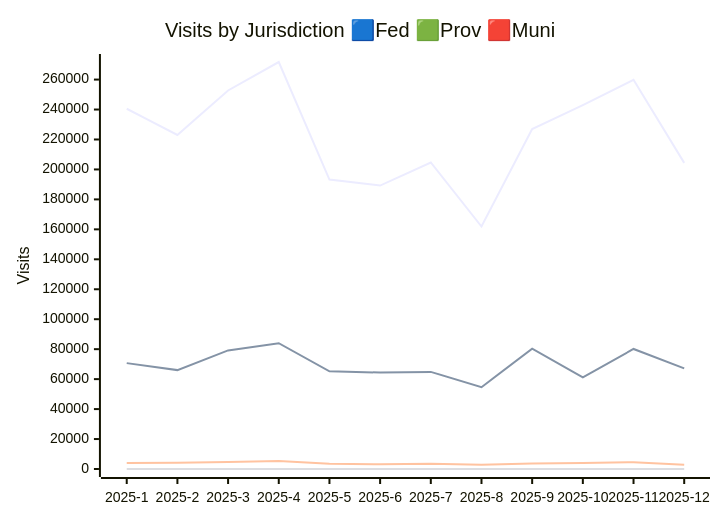
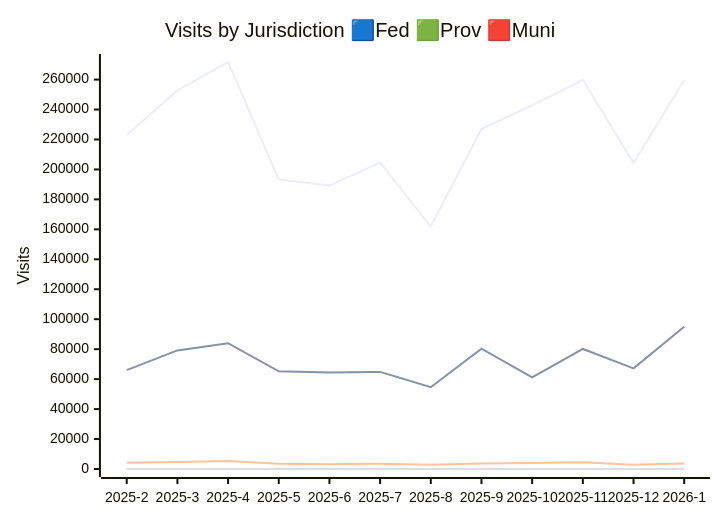
One commit to open-data/analytics-corporate-reporting changed the second of 3 diagrams in JURISDICTION_ANALYTICS_REPORT/readme.md. Above: the diagram before and after it, drawn with Mermaid. The commit also changed other lines of this file and 3 other files, not shown here.

````diff
--- a/JURISDICTION_ANALYTICS_REPORT/readme.md
+++ b/JURISDICTION_ANALYTICS_REPORT/readme.md
@@ -27,11 +27,11 @@
 ```mermaid
 
 xychart-beta
     title "Visits by Jurisdiction 🟦Fed 🟩Prov 🟥Muni"
-    x-axis [2025-1, 2025-2, 2025-3, 2025-4, 2025-5, 2025-6, 2025-7, 2025-8, 2025-9, 2025-10, 2025-11, 2025-12]
+    x-axis [2025-2, 2025-3, 2025-4, 2025-5, 2025-6, 2025-7, 2025-8, 2025-9, 2025-10, 2025-11, 2025-12, 2026-1]
     y-axis "Visits" 0 --> 271730
-    line [240518, 223018, 252733, 271720, 193243, 189223, 204650, 161883, 226912, 242988, 259877, 204391]
-    line [70689, 66026, 79169, 83976, 65258, 64394, 64819, 54620, 80378, 61161, 80146, 67191]
-    line [4046, 4091, 4626, 5347, 3428, 3214, 3563, 2869, 3599, 4076, 4547, 2824]
-    line [0, 0, 0, 0, 0, 0, 0, 0, 0, 13, 7, 27]
+    line [223018, 252733, 271720, 193243, 189223, 204650, 161883, 226912, 242988, 259877, 204391, 259648]
+    line [66026, 79169, 83976, 65258, 64394, 64819, 54620, 80378, 61161, 80146, 67191, 95018]
+    line [4091, 4626, 5347, 3428, 3214, 3563, 2869, 3599, 4076, 4547, 2824, 3742]
+    line [0, 0, 0, 0, 0, 0, 0, 0, 13, 7, 27, 17]
 ```
````
